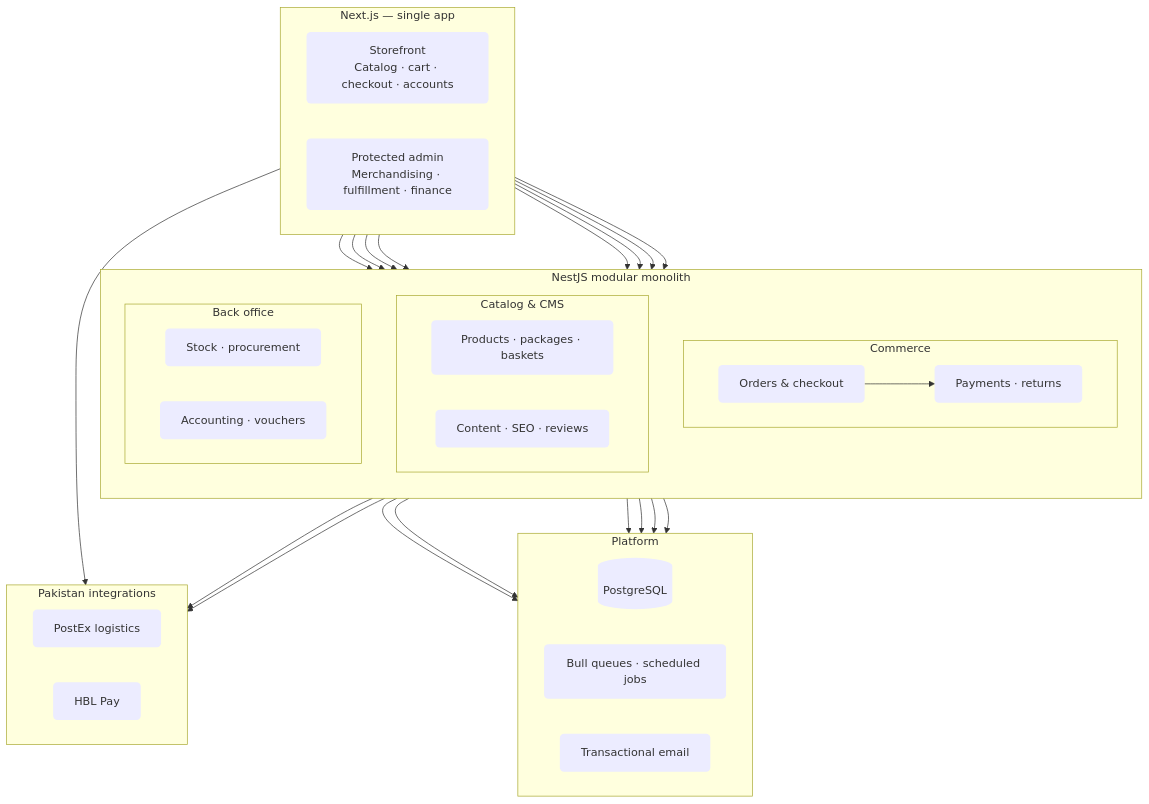
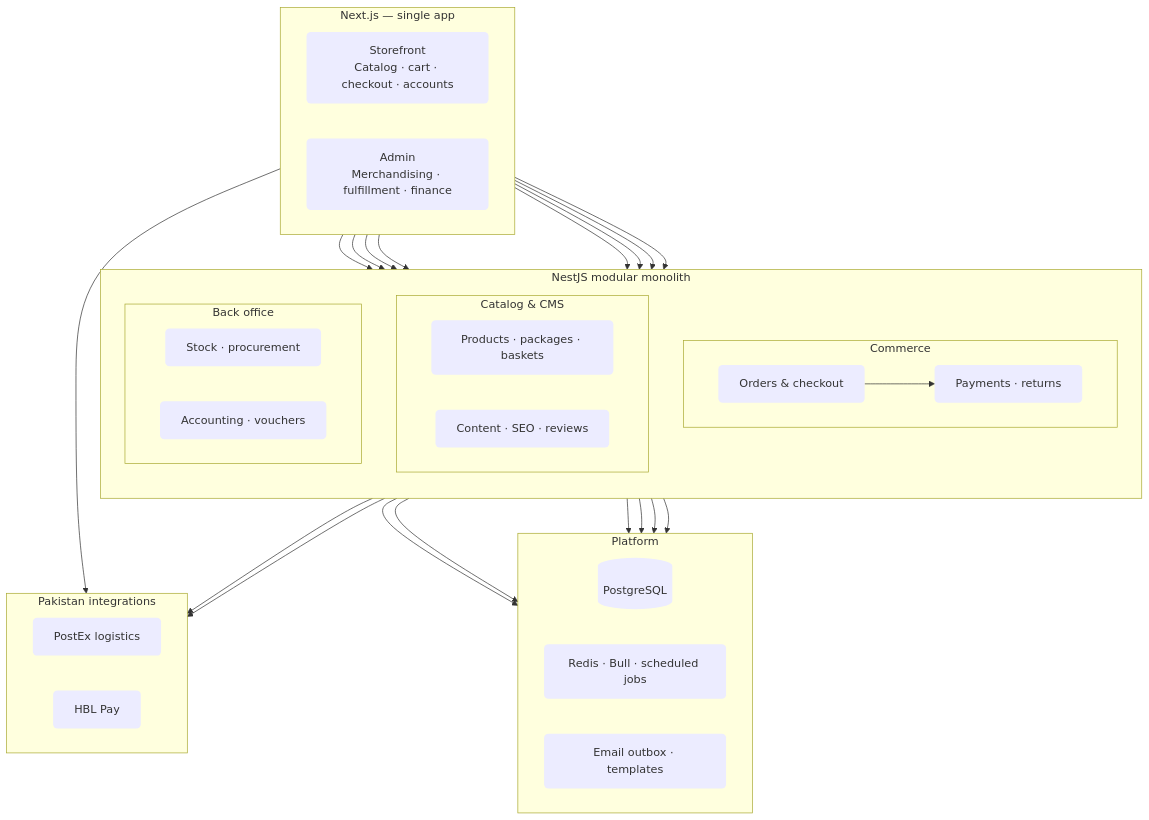
The diagram in content/projects/bombay-choc-n-nuts.mdx (FazalDinArain/fazaldin-portfolio), drawn with Mermaid before and after one commit. The commit also changed other lines of this file, not shown here.

````diff
--- a/content/projects/bombay-choc-n-nuts.mdx
+++ b/content/projects/bombay-choc-n-nuts.mdx
@@ -39,63 +44,63 @@
 ```mermaid
 flowchart TB
   subgraph fe[" Next.js — single app "]
     direction LR
     shop["Storefront<br/>Catalog · cart · checkout · accounts"]
-    admin["Protected admin<br/>Merchandising · fulfillment · finance"]
+    admin["Admin<br/>Merchandising · fulfillment · finance"]
   end
 
   subgraph api[" NestJS modular monolith "]
     direction TB
     subgraph commerce[" Commerce "]
       direction LR
       ord["Orders & checkout"]
       pay["Payments · returns"]
     end
     subgraph catalog[" Catalog & CMS "]
       direction LR
       prod["Products · packages · baskets"]
       cms["Content · SEO · reviews"]
     end
     subgraph ops[" Back office "]
       direction LR
       stk["Stock · procurement"]
       acc["Accounting · vouchers"]
     end
   end
 
   subgraph platform[" Platform "]
     direction LR
     db[("PostgreSQL")]
-    async["Bull queues · scheduled jobs"]
-    mail["Transactional email"]
+    async["Redis · Bull · scheduled jobs"]
+    mail["Email outbox · templates"]
   end
 
   subgraph external[" Pakistan integrations "]
     direction LR
     postex["PostEx logistics"]
     hbl["HBL Pay"]
   end
 
   shop --> ord
   shop --> prod
   shop --> cms
   admin --> prod
   admin --> cms
   admin --> ord
   admin --> stk
   admin --> acc
   admin --> postex
 
   ord --> pay
   ord --> db
   prod --> db
   stk --> db
   acc --> db
   pay --> hbl
   ord --> postex
   ord --> async
   ord --> mail
 
   classDef box stroke-width:0px,rx:6,ry:6
   class shop,admin,ord,pay,prod,cms,stk,acc,db,async,mail,postex,hbl box
 ```
````
